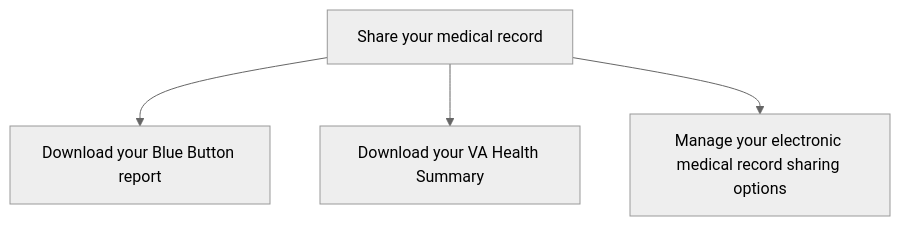
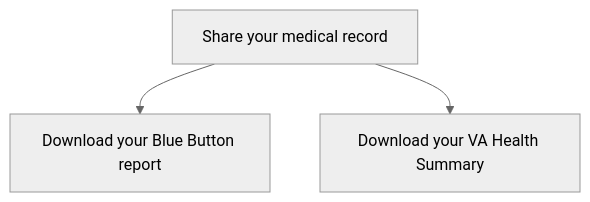
Before and after one commit to department-of-veterans-affairs/va.gov-team: the diagram in products/health-care/digital-health-modernization/mhv-to-va.gov/medical-records/data-domains/downloadable-reports/downloadable-reports.md, drawn with Mermaid (neutral theme). The commit also changed other lines of this file, not shown here.

````diff
--- a/products/health-care/digital-health-modernization/mhv-to-va.gov/medical-records/data-domains/downloadable-reports/downloadable-reports.md
+++ b/products/health-care/digital-health-modernization/mhv-to-va.gov/medical-records/data-domains/downloadable-reports/downloadable-reports.md
@@ -57,7 +57,5 @@
 ```mermaid
 flowchart TB;
     A[Share your medical record]-->B[Download your Blue Button report];
     A[Share your medical record]-->C[Download your VA Health Summary];
-    A[Share your medical record]-->D[Manage your electronic medical record sharing options];
-
 ```
````
